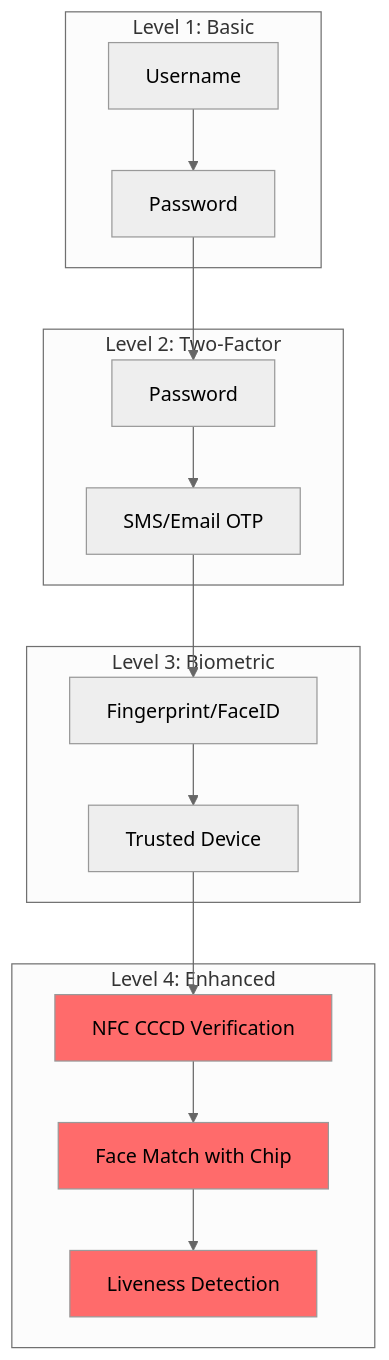
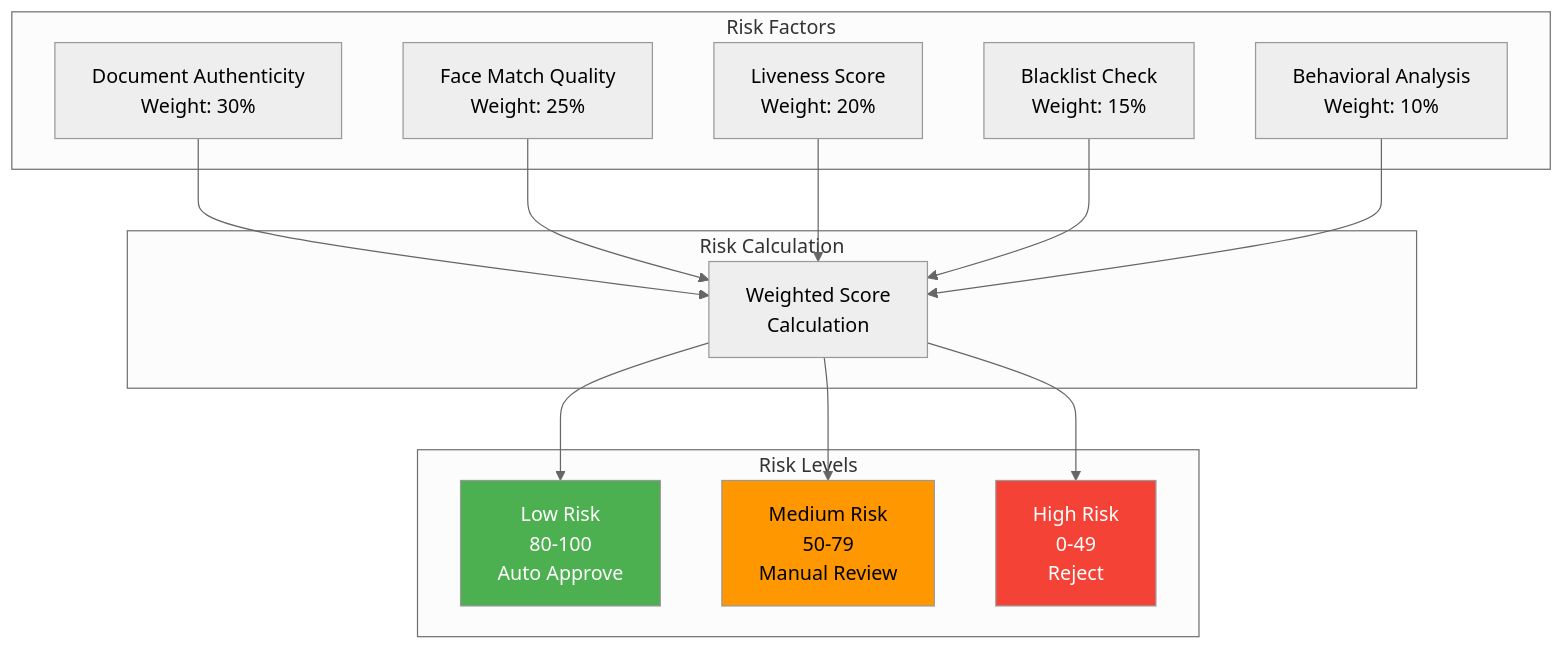
The sixth of 8 diagrams in 07-Dich-vu-Dinh-danh-eKYC.md (huuhoait/openbanking-vn-specs), drawn with Mermaid (neutral theme) before and after one commit. The commit also changed other lines of this file and 14 other files, not shown here.

````diff
--- a/07-Dich-vu-Dinh-danh-eKYC.md
+++ b/07-Dich-vu-Dinh-danh-eKYC.md
@@ -454,36 +357,34 @@
 ```mermaid
 graph TB
-    subgraph "Level 1: Basic"
-        L1_User[Username]
-        L1_Pass[Password]
-        L1_User --> L1_Pass
+    subgraph "Risk Factors"
+        F1[Document Authenticity<br/>Weight: 30%]
+        F2[Face Match Quality<br/>Weight: 25%]
+        F3[Liveness Score<br/>Weight: 20%]
+        F4[Blacklist Check<br/>Weight: 15%]
+        F5[Behavioral Analysis<br/>Weight: 10%]
     end
     
-    subgraph "Level 2: Two-Factor"
-        L2_Pass[Password]
-        L2_OTP[SMS/Email OTP]
-        L2_Pass --> L2_OTP
+    subgraph "Risk Calculation"
+        Calc[Weighted Score<br/>Calculation]
     end
     
-    subgraph "Level 3: Biometric"
-        L3_Bio[Fingerprint/FaceID]
-        L3_Device[Trusted Device]
-        L3_Bio --> L3_Device
+    subgraph "Risk Levels"
+        Low[Low Risk<br/>80-100<br/>Auto Approve]
+        Medium[Medium Risk<br/>50-79<br/>Manual Review]
+        High[High Risk<br/>0-49<br/>Reject]
     end
     
-    subgraph "Level 4: Enhanced"
-        L4_NFC[NFC CCCD Verification]
-        L4_Face[Face Match with Chip]
-        L4_Liveness[Liveness Detection]
-        L4_NFC --> L4_Face
-        L4_Face --> L4_Liveness
-    end
+    F1 --> Calc
+    F2 --> Calc
+    F3 --> Calc
+    F4 --> Calc
+    F5 --> Calc
     
-    L1_Pass --> L2_Pass
-    L2_OTP --> L3_Bio
-    L3_Device --> L4_NFC
+    Calc --> Low
+    Calc --> Medium
+    Calc --> High
     
-    style L4_NFC fill:#ff6b6b
-    style L4_Face fill:#ff6b6b
-    style L4_Liveness fill:#ff6b6b
+    style Low fill:#4caf50,color:#fff
+    style Medium fill:#ff9800
+    style High fill:#f44336,color:#fff
 ```
````
